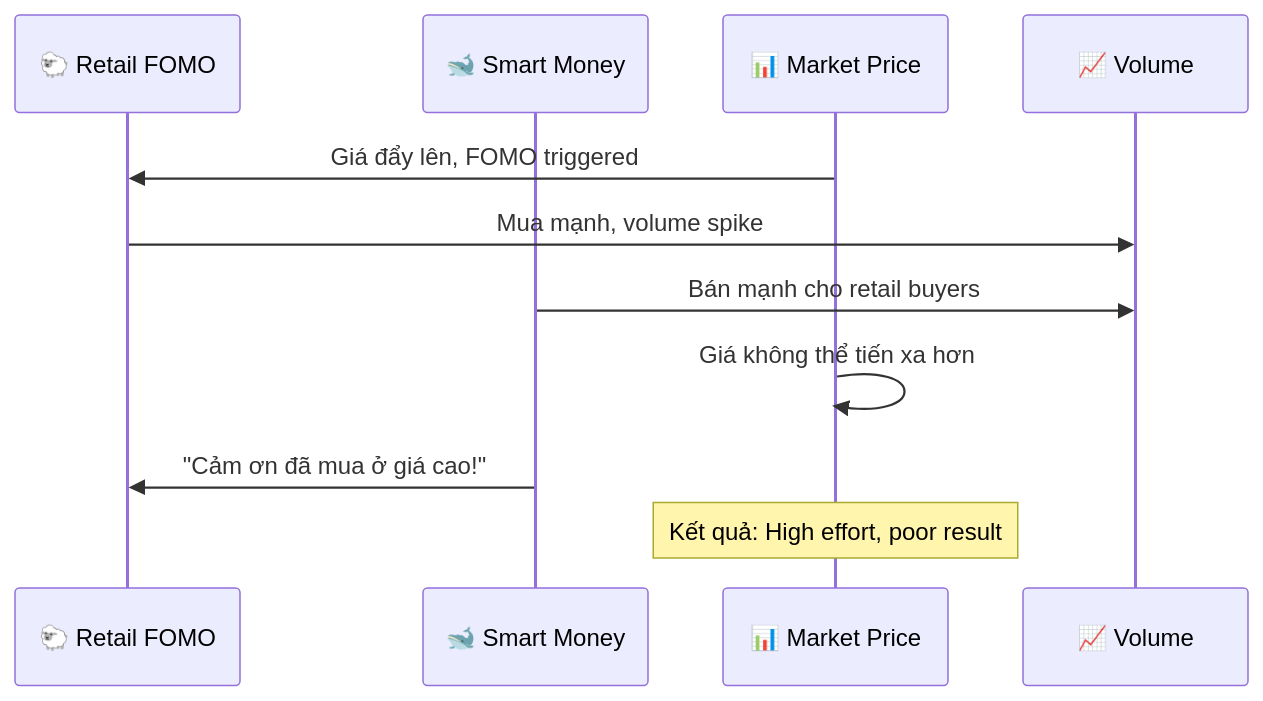
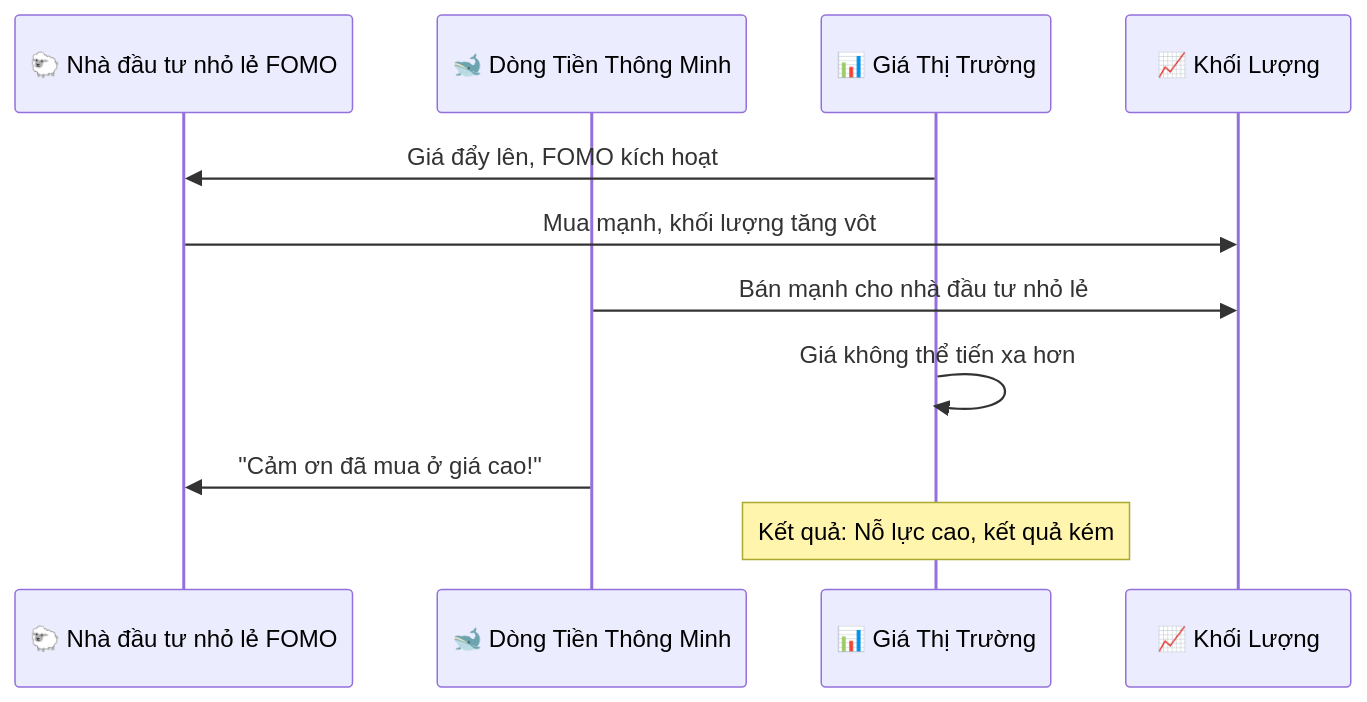
Before and after one commit to quanhua92/aipriceaction-old: the second of 3 diagrams in docs/tutorials/chapter-3-2-bearish-vpa-signals.md, drawn with Mermaid. The commit also changed other lines of this file and 13 other files, not shown here.

````diff
--- a/docs/tutorials/chapter-3-2-bearish-vpa-signals.md
+++ b/docs/tutorials/chapter-3-2-bearish-vpa-signals.md
@@ -74,14 +74,14 @@
 ```mermaid
 sequenceDiagram
-    participant Retail as 🐑 Retail FOMO
-    participant Smart as 🐋 Smart Money
-    participant Market as 📊 Market Price
-    participant Volume as 📈 Volume
+    participant Retail as 🐑 Nhà đầu tư nhỏ lẻ FOMO
+    participant Smart as 🐋 Dòng Tiền Thông Minh
+    participant Market as 📊 Giá Thị Trường
+    participant Volume as 📈 Khối Lượng
     
-    Market->>Retail: Giá đẩy lên, FOMO triggered
-    Retail->>Volume: Mua mạnh, volume spike
-    Smart->>Volume: Bán mạnh cho retail buyers
+    Market->>Retail: Giá đẩy lên, FOMO kích hoạt
+    Retail->>Volume: Mua mạnh, khối lượng tăng vôt
+    Smart->>Volume: Bán mạnh cho nhà đầu tư nhỏ lẻ
     Market->>Market: Giá không thể tiến xa hơn
     Smart->>Retail: "Cảm ơn đã mua ở giá cao!"
-    Note over Market: Kết quả: High effort, poor result
+    Note over Market: Kết quả: Nỗ lực cao, kết quả kém
 ```
````
